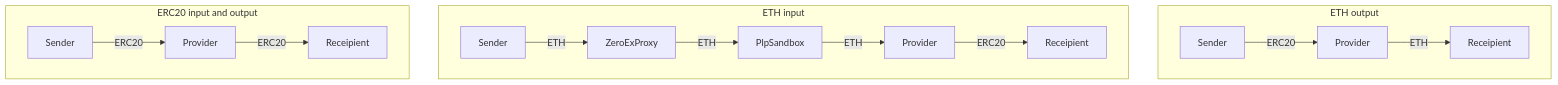
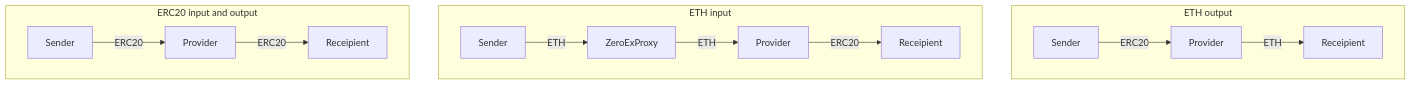
Before and after one commit to papercliplabs/zero-ex-subgraph: the tenth of 10 diagrams in README.md, drawn with Mermaid. The commit also changed other lines of this file and 4 other files, not shown here.

````diff
--- a/README.md
+++ b/README.md
@@ -215,17 +237,16 @@
 ```mermaid
 graph TD
 	subgraph B[ETH output]
 		SB[Sender] --ERC20--> BB[Provider]
 		BB --ETH--> RB[Receipient]
 	end
 	subgraph A[ETH input]
 		SA[Sender] --ETH--> ZA[ZeroExProxy]
-		ZA --ETH--> BA[PlpSandbox]
-		BA --ETH--> PA[Provider]
+		ZA --ETH--> PA[Provider]
 		PA --ERC20--> RA[Receipient]
 	end
 	subgraph C[ERC20 input and output]
 		SC[Sender] --ERC20--> BC[Provider]
 		BC --ERC20--> RC[Receipient]
 	end
 ```
````
